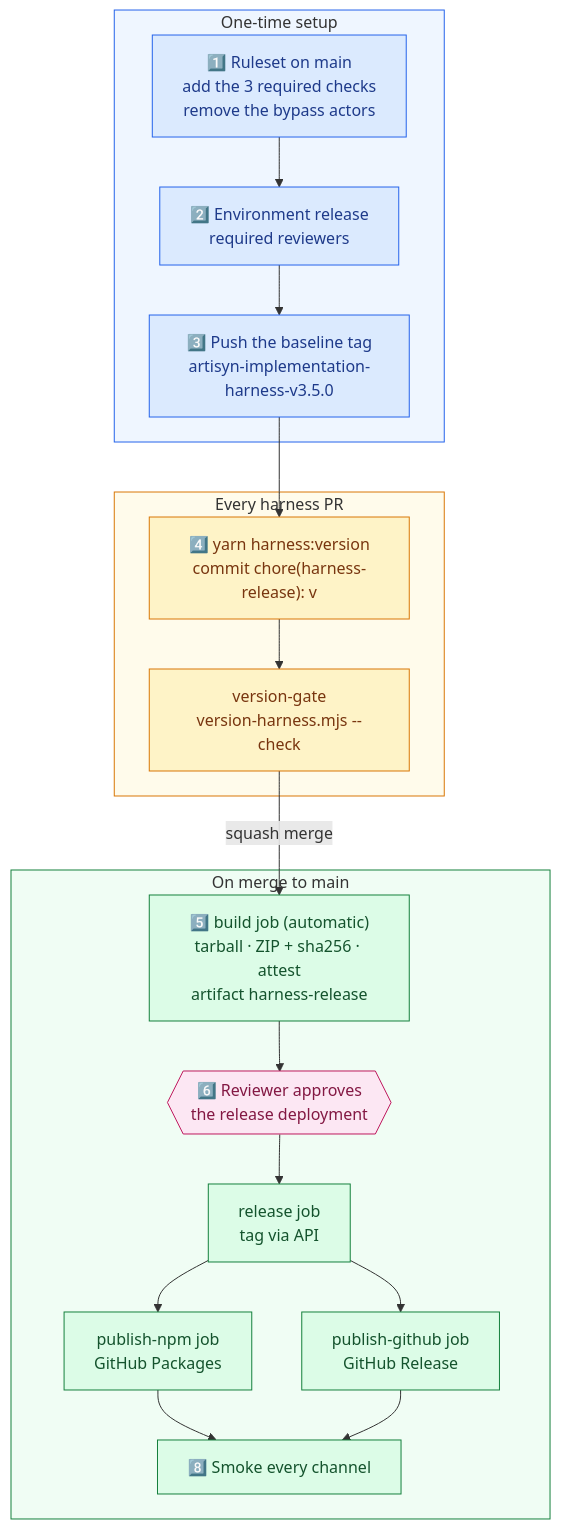
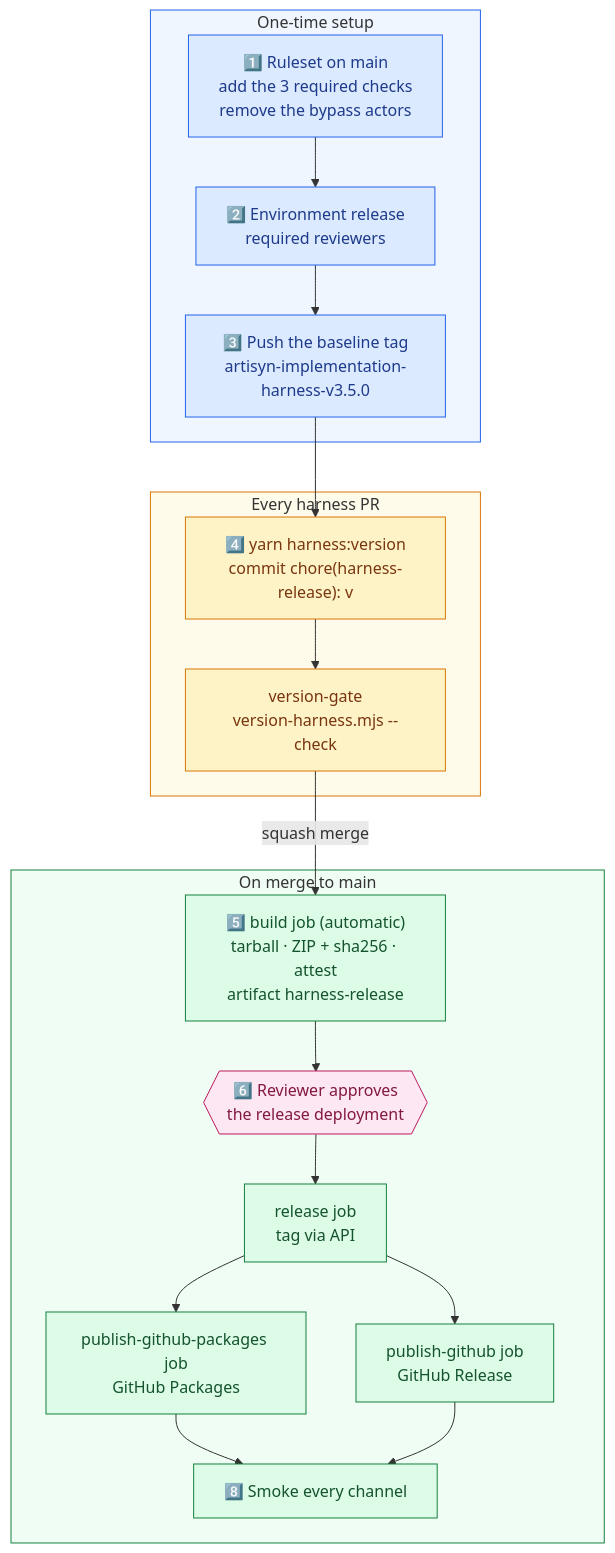
One commit to DataArt/artisyn-implementation-harness changed the diagram in docs/Engineering Guide/08 Harness Release Runbook.md. Above: the diagram before and after it, drawn with Mermaid. The commit also changed other lines of this file and 8 other files, not shown here.

First line of the commit message:
ci(release): rename publish-npm to publish-github-packages

````diff
--- a/docs/Engineering Guide/08 Harness Release Runbook.md
+++ b/docs/Engineering Guide/08 Harness Release Runbook.md
@@ -24,34 +24,34 @@
 ```mermaid
 flowchart TB
     subgraph SETUP ["  One-time setup  "]
         RS["1️⃣ Ruleset on main\nadd the 3 required checks\nremove the bypass actors"]:::setup
         ENV["2️⃣ Environment release\nrequired reviewers"]:::setup
         BT["3️⃣ Push the baseline tag\nartisyn-implementation-harness-v3.5.0"]:::setup
     end
 
     subgraph PR ["  Every harness PR  "]
         HV["4️⃣ yarn harness:version\ncommit chore(harness-release): v"]:::pr
         VG["version-gate\nversion-harness.mjs --check"]:::pr
     end
 
     subgraph MERGE ["  On merge to main  "]
         BUILD["5️⃣ build job (automatic)\ntarball · ZIP + sha256 · attest\nartifact harness-release"]:::release
         APPROVE{{"6️⃣ Reviewer approves\nthe release deployment"}}:::gate
         TAG["release job\ntag via API"]:::release
-        NPM["publish-npm job\nGitHub Packages"]:::release
+        NPM["publish-github-packages job\nGitHub Packages"]:::release
         GHR["publish-github job\nGitHub Release"]:::release
         SMOKE["8️⃣ Smoke every channel"]:::release
     end
 
     RS --> ENV --> BT --> HV --> VG -->|"squash merge"| BUILD --> APPROVE --> TAG
     TAG --> NPM --> SMOKE
     TAG --> GHR --> SMOKE
 
     classDef setup fill:#DBEAFE,stroke:#2563EB,color:#1e3a8a
     classDef pr fill:#FEF3C7,stroke:#D97706,color:#78350f
     classDef gate fill:#FCE7F3,stroke:#BE185D,color:#831843
     classDef release fill:#DCFCE7,stroke:#15803D,color:#14532D
     style SETUP fill:#EFF6FF,stroke:#2563EB
     style PR fill:#FFFBEB,stroke:#D97706
     style MERGE fill:#F0FDF4,stroke:#15803D
 ```
````
